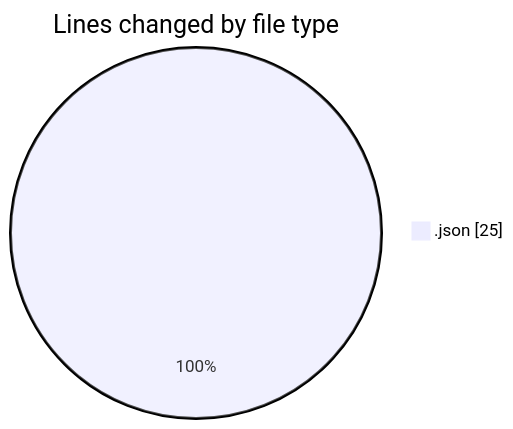
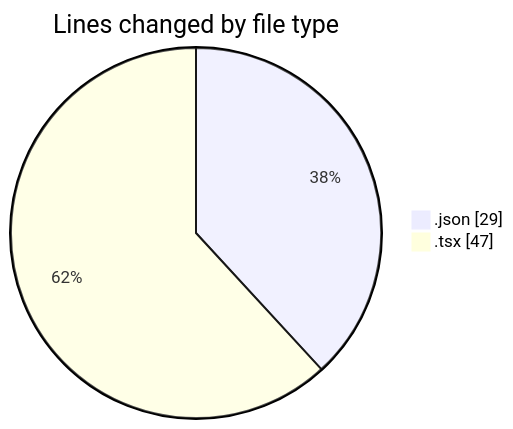
One commit to robertbonfada/code-tracking changed the first of 2 diagrams in 2025-01-07/mbc-web/README.md. Above: the diagram before and after it, drawn with Mermaid. The commit also changed other lines of this file and 1 other file, not shown here.

````diff
--- a/2025-01-07/mbc-web/README.md
+++ b/2025-01-07/mbc-web/README.md
@@ -20,5 +21,6 @@
 ```mermaid
 pie showData
 title Lines changed by file type
-".json" : 25
+".json" : 29
+".tsx" : 47
 ```
````
